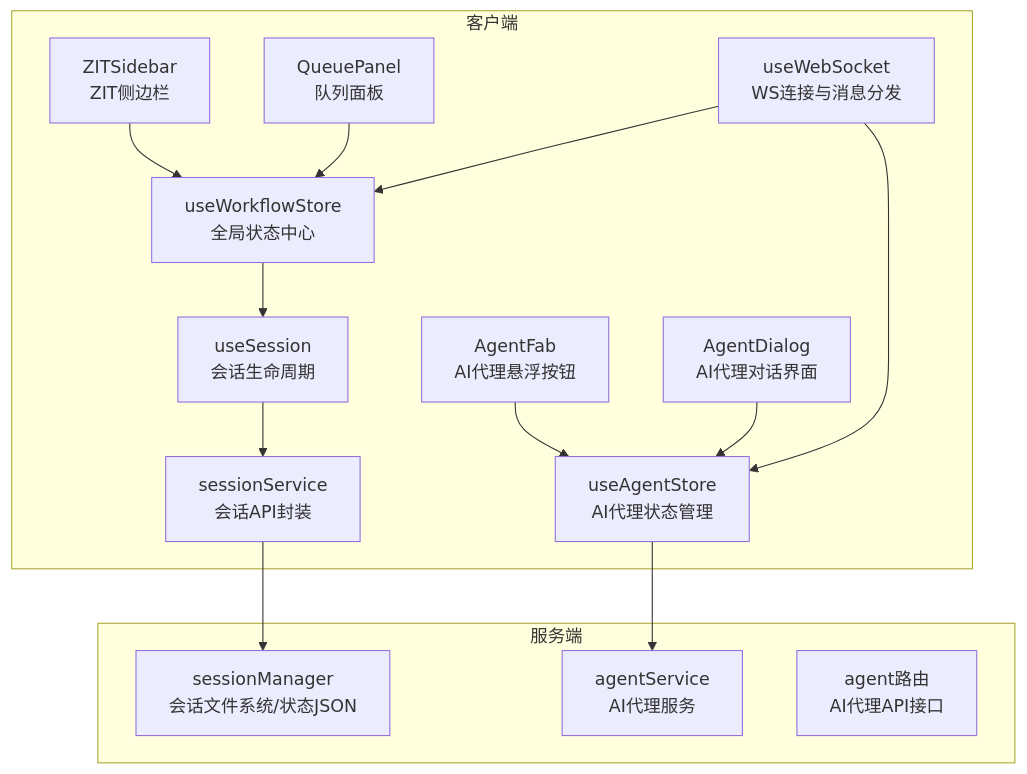
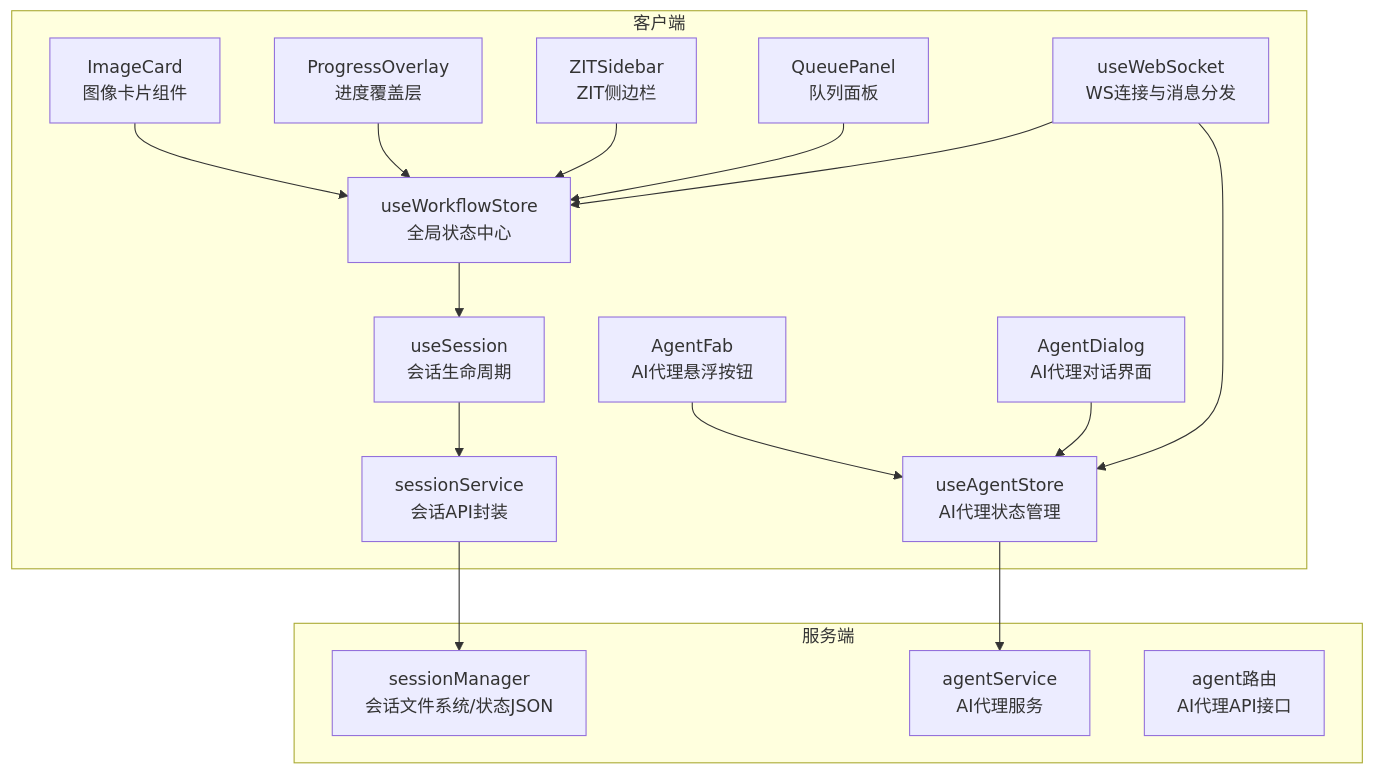
Before and after one commit to billye220670/CorineKit_Pix2Real: the first of 9 diagrams in .qoder/repowiki/zh/content/前端应用/状态管理系统/工作流状态管理/工作流状态管理.md, drawn with Mermaid. The commit also changed other lines of this file and 13 other files, not shown here.

````diff
--- a/.qoder/repowiki/zh/content/前端应用/状态管理系统/工作流状态管理/工作流状态管理.md
+++ b/.qoder/repowiki/zh/content/前端应用/状态管理系统/工作流状态管理/工作流状态管理.md
@@ -65,29 +69,33 @@
 ```mermaid
 graph TB
 subgraph "客户端"
 A["useWorkflowStore<br/>全局状态中心"]
 B["useSession<br/>会话生命周期"]
 C["useWebSocket<br/>WS连接与消息分发"]
 D["sessionService<br/>会话API封装"]
 E["useAgentStore<br/>AI代理状态管理"]
 F["AgentDialog<br/>AI代理对话界面"]
 G["AgentFab<br/>AI代理悬浮按钮"]
 H["QueuePanel<br/>队列面板"]
 I["ZITSidebar<br/>ZIT侧边栏"]
+J["ProgressOverlay<br/>进度覆盖层"]
+K["ImageCard<br/>图像卡片组件"]
 end
 subgraph "服务端"
-J["sessionManager<br/>会话文件系统/状态JSON"]
-K["agentService<br/>AI代理服务"]
-L["agent路由<br/>AI代理API接口"]
+L["sessionManager<br/>会话文件系统/状态JSON"]
+M["agentService<br/>AI代理服务"]
+N["agent路由<br/>AI代理API接口"]
 end
 A --> B
 B --> D
-D --> J
+D --> L
 C --> A
 C --> E
-E --> K
+E --> M
 F --> E
 G --> E
 H --> A
 I --> A
+J --> A
+K --> A
 ```
````
